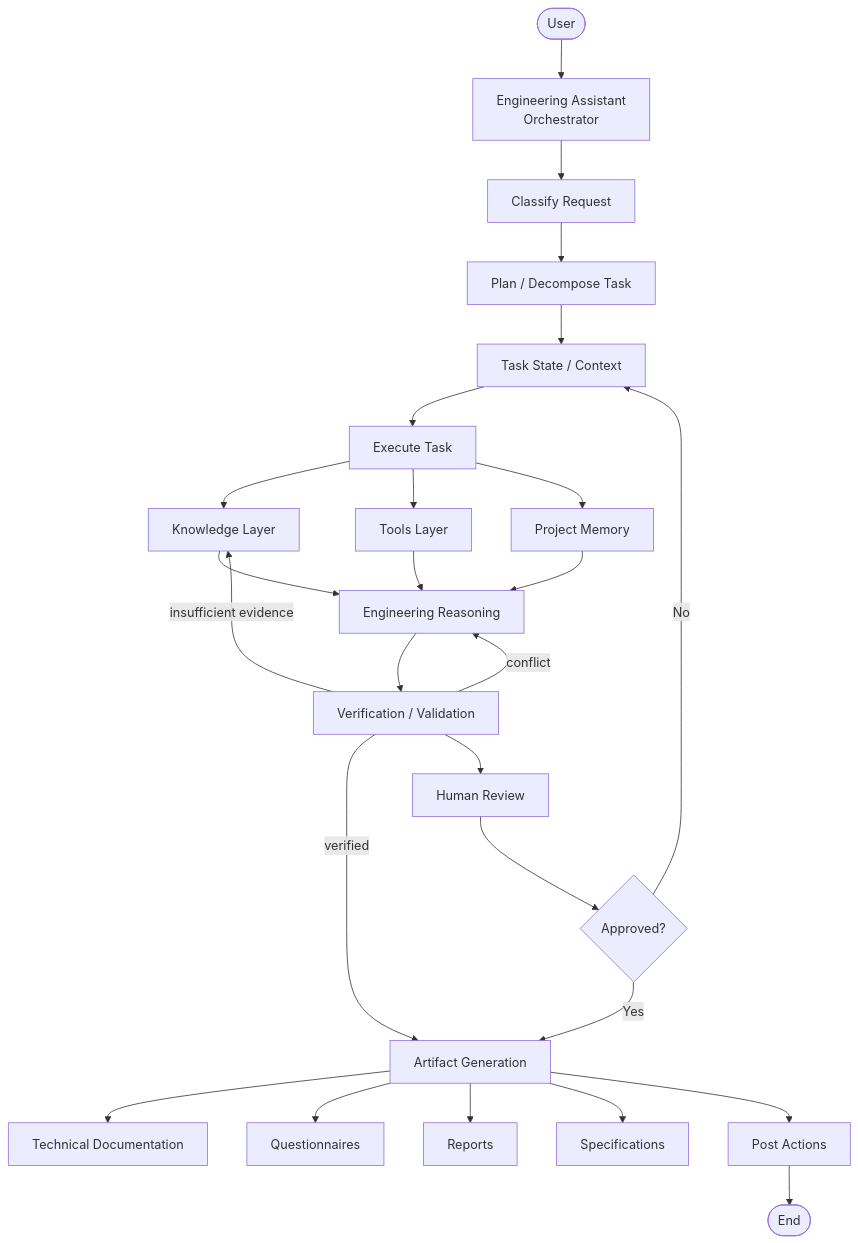
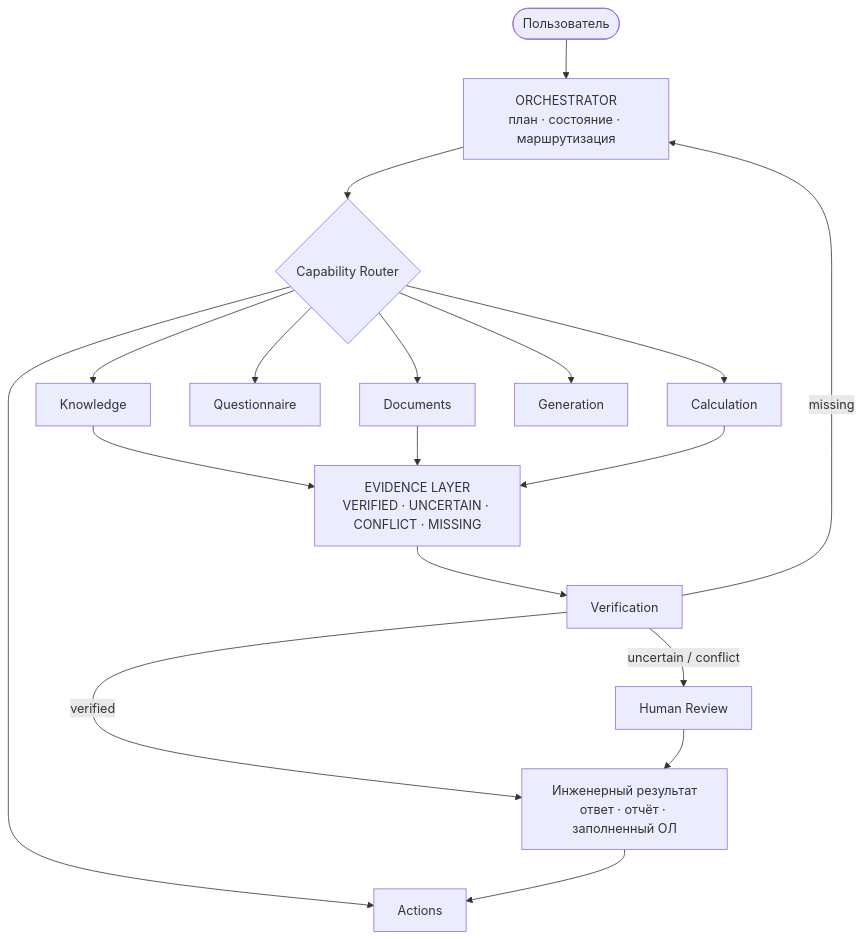
Before and after one commit to VladislavKiseliov/RAG: the first of 4 diagrams in engineering_assistant_architecture.md, drawn with Mermaid. The commit also changed other lines of this file and 1 other file, not shown here.

First line of the commit message:
docs: restore engineering_assistant_architecture.md under its original name

````diff
--- a/engineering_assistant_architecture.md
+++ b/engineering_assistant_architecture.md
@@ -29,40 +56,26 @@
 ```mermaid
-flowchart TD
-    USER([User])
+flowchart TB
+    USER([Пользователь]) --> ORCH[ORCHESTRATOR<br/>план · состояние · маршрутизация]
 
-    USER --> ORCH[Engineering Assistant<br/>Orchestrator]
+    ORCH --> CAP{Capability Router}
 
-    ORCH --> CLASSIFY[Classify Request]
-    CLASSIFY --> PLAN[Plan / Decompose Task]
-    PLAN --> STATE[Task State / Context]
+    CAP --> KNOW[Knowledge]
+    CAP --> DOCS[Documents]
+    CAP --> QST[Questionnaire]
+    CAP --> CALC[Calculation]
+    CAP --> GEN[Generation]
+    CAP --> ACT[Actions]
 
-    STATE --> EXEC[Execute Task]
+    KNOW --> EV[EVIDENCE LAYER<br/>VERIFIED · UNCERTAIN · CONFLICT · MISSING]
+    DOCS --> EV
+    CALC --> EV
 
-    EXEC --> KNOWLEDGE[Knowledge Layer]
-    EXEC --> TOOLS[Tools Layer]
-    EXEC --> MEMORY[Project Memory]
+    EV --> VERIFY[Verification]
 
-    KNOWLEDGE --> REASON[Engineering Reasoning]
-    TOOLS --> REASON
-    MEMORY --> REASON
+    VERIFY -->|verified| OUT[Инженерный результат<br/>ответ · отчёт · заполненный ОЛ]
+    VERIFY -->|uncertain / conflict| HUMAN[Human Review]
+    VERIFY -->|missing| ORCH
 
-    REASON --> VERIFY[Verification / Validation]
-
-    VERIFY -->|insufficient evidence| KNOWLEDGE
-    VERIFY -->|conflict| REASON
-    VERIFY -->|verified| ARTIFACTS[Artifact Generation]
-
-    ARTIFACTS --> DOCS[Technical Documentation]
-    ARTIFACTS --> QUESTIONNAIRE[Questionnaires]
-    ARTIFACTS --> REPORTS[Reports]
-    ARTIFACTS --> SPECS[Specifications]
-
-    VERIFY --> HUMAN[Human Review]
-    HUMAN --> APPROVE{Approved?}
-
-    APPROVE -->|No| STATE
-    APPROVE -->|Yes| ARTIFACTS
-
-    ARTIFACTS --> ACTIONS[Post Actions]
-    ACTIONS --> END([End])
+    HUMAN --> OUT
+    OUT --> ACT
 ```
````
